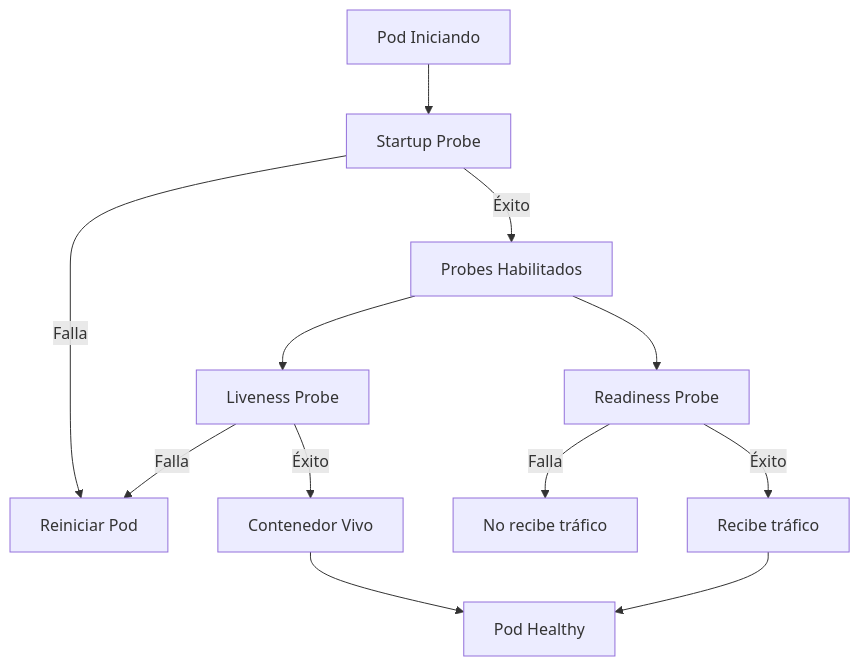
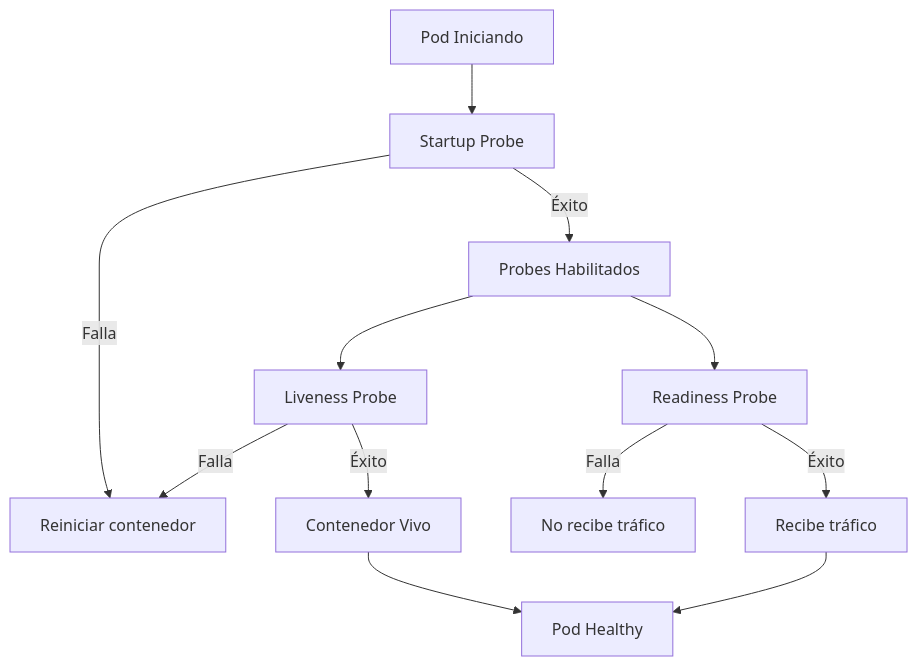
Before and after one commit to pabpereza/pabpereza: the second of 2 diagrams in docs/cursos/kubernetes/113.Probes_live_readiness.md, drawn with Mermaid. The commit also changed other lines of this file and 26 other files, not shown here.

````diff
--- a/docs/cursos/kubernetes/113.Probes_live_readiness.md
+++ b/docs/cursos/kubernetes/113.Probes_live_readiness.md
@@ -58,14 +59,14 @@
 ```mermaid
 graph TD
     A[Pod Iniciando] --> B[Startup Probe]
-    B -->|Falla| C[Reiniciar Pod]
+    B -->|Falla| C[Reiniciar contenedor]
     B -->|Éxito| D[Probes Habilitados]
     D --> E[Liveness Probe]
     D --> F[Readiness Probe]
     E -->|Falla| C
     E -->|Éxito| G[Contenedor Vivo]
     F -->|Falla| H[No recibe tráfico]
     F -->|Éxito| I[Recibe tráfico]
     G --> J[Pod Healthy]
     I --> J
 ```
````
